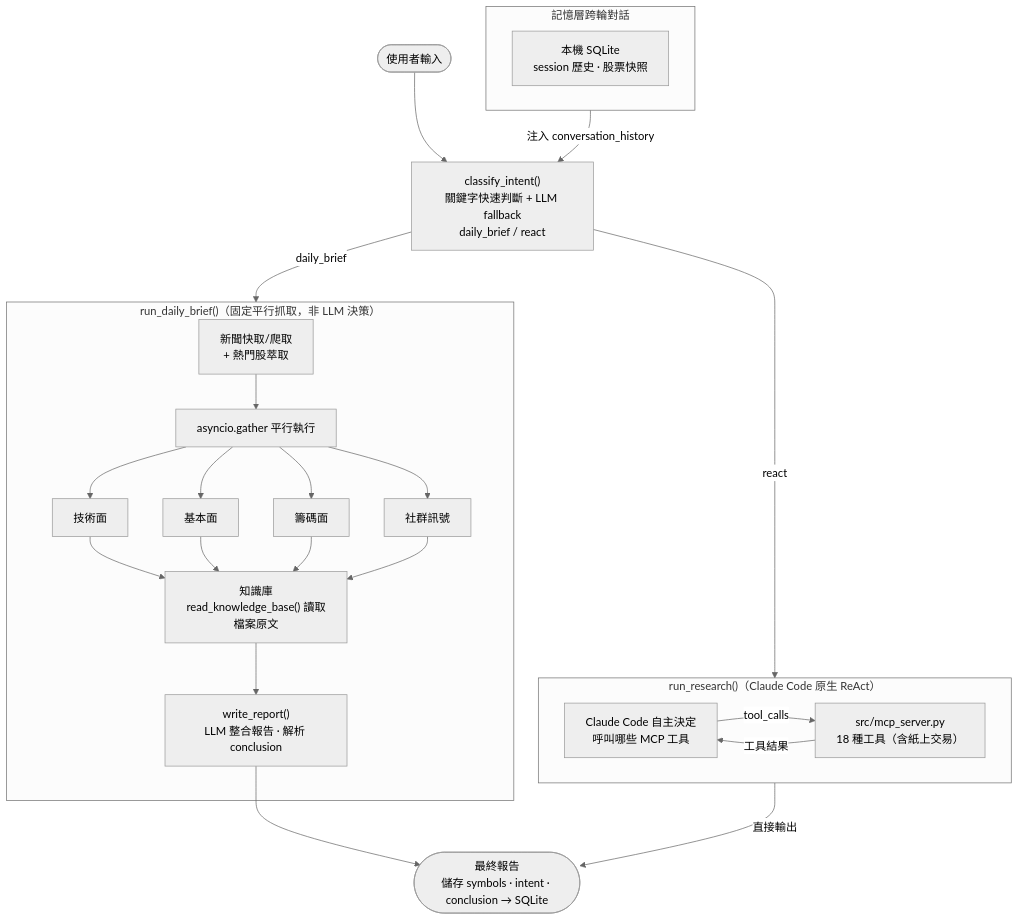
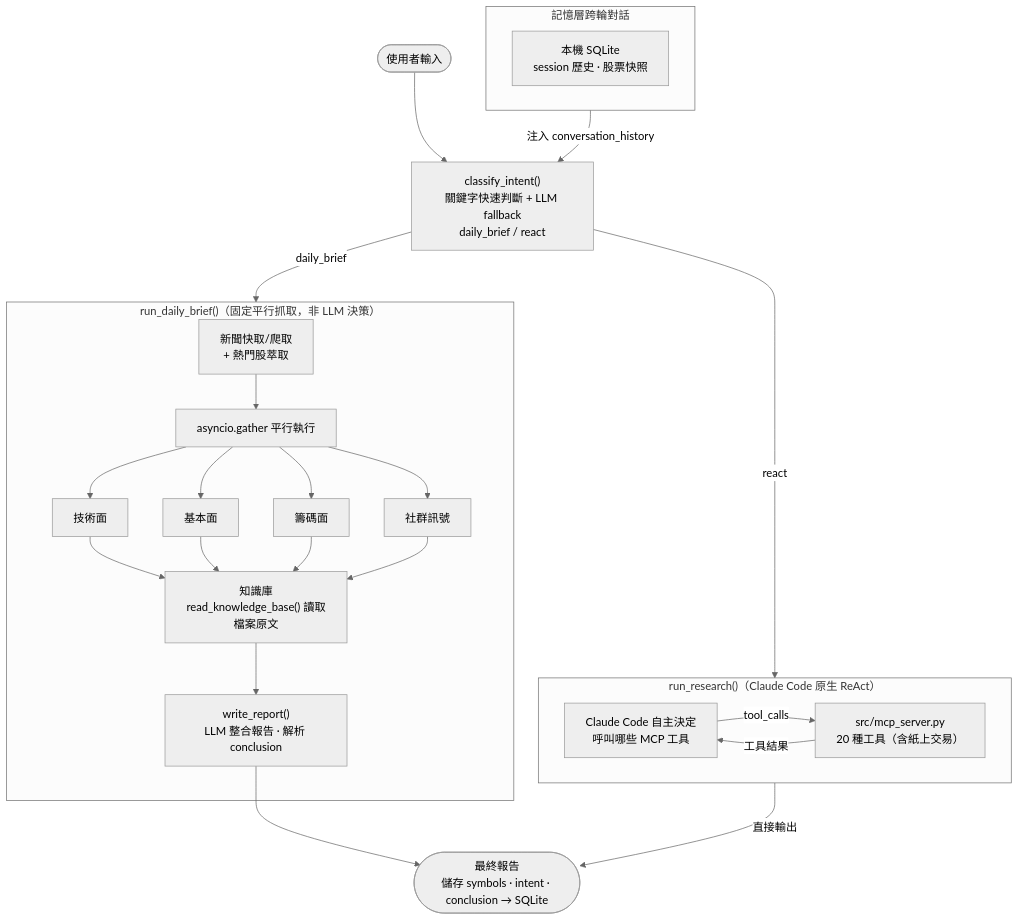
Before and after one commit to carterwu1120/market-agent: the diagram in README.md, drawn with Mermaid (neutral theme). The commit also changed other lines of this file and 12 other files, not shown here.

````diff
--- a/README.md
+++ b/README.md
@@ -32,30 +32,30 @@
 ```mermaid
 flowchart TD
     subgraph MEM["記憶層跨輪對話"]
         SQLITE["本機 SQLite\nsession 歷史 · 股票快照"]
     end
 
     USER([使用者輸入]) --> CLS
 
     MEM -->|注入 conversation_history| CLS
 
     CLS["classify_intent()\n關鍵字快速判斷 + LLM fallback\ndaily_brief / react"]
 
     CLS -->|react| RA
     CLS -->|daily_brief| DB
 
     subgraph RA["run_research()（Claude Code 原生 ReAct）"]
-        LLM_R["Claude Code 自主決定\n呼叫哪些 MCP 工具"] -->|tool_calls| MCP["src/mcp_server.py\n18 種工具（含紙上交易）"]
+        LLM_R["Claude Code 自主決定\n呼叫哪些 MCP 工具"] -->|tool_calls| MCP["src/mcp_server.py\n20 種工具（含紙上交易）"]
         MCP -->|工具結果| LLM_R
     end
 
     subgraph DB["run_daily_brief()（固定平行抓取，非 LLM 決策）"]
         NEWS["新聞快取/爬取\n+ 熱門股萃取"] --> FANOUT
         FANOUT["asyncio.gather 平行執行"] --> TA["技術面"] & FA["基本面"] & CA["籌碼面"] & SA["社群訊號"]
         TA & FA & CA & SA --> KB["知識庫\nread_knowledge_base() 讀取檔案原文"]
         KB --> SYN["write_report()\nLLM 整合報告 · 解析 conclusion"]
     end
 
     RA -->|直接輸出| END([最終報告\n儲存 symbols · intent · conclusion → SQLite])
     SYN --> END
 ```
````
